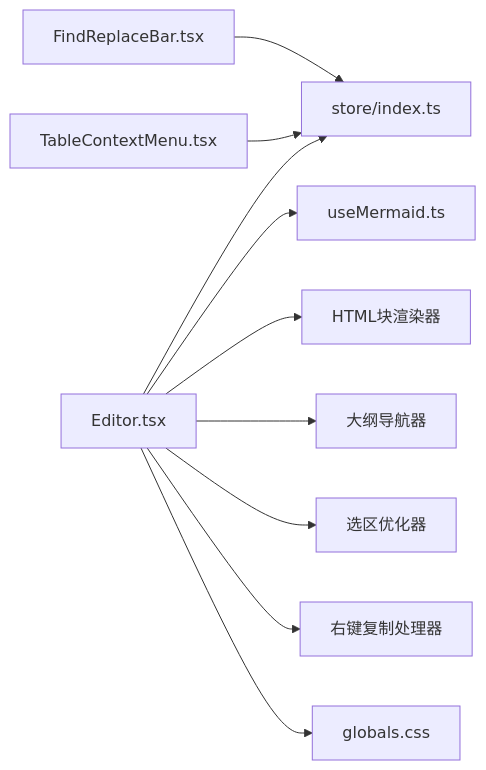
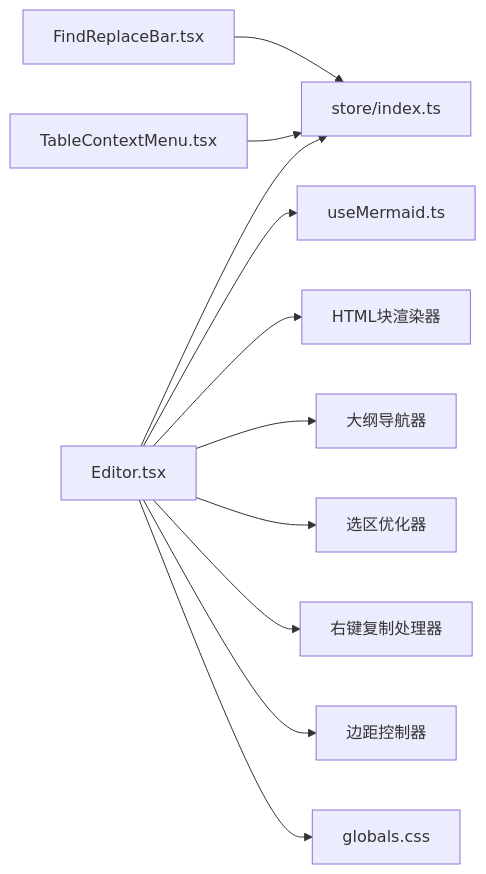
One commit to gongshiyun/ZenNote changed the seventh of 7 diagrams in .qoder/repowiki/zh/content/核心组件/编辑器组件.md. Above: the diagram before and after it, drawn with Mermaid. The commit also changed other lines of this file and 30 other files, not shown here.

````diff
--- a/.qoder/repowiki/zh/content/核心组件/编辑器组件.md
+++ b/.qoder/repowiki/zh/content/核心组件/编辑器组件.md
@@ -347,12 +359,13 @@
 ```mermaid
 graph LR
 E["Editor.tsx"] --> S["store/index.ts"]
 E --> M["useMermaid.ts"]
 E --> H["HTML块渲染器"]
 E --> O["大纲导航器"]
 E --> SO["选区优化器"]
 E --> RC["右键复制处理器"]
+E --> MC["边距控制器"]
 F["FindReplaceBar.tsx"] --> S
 T["TableContextMenu.tsx"] --> S
 E --> C["globals.css"]
 ```
````
